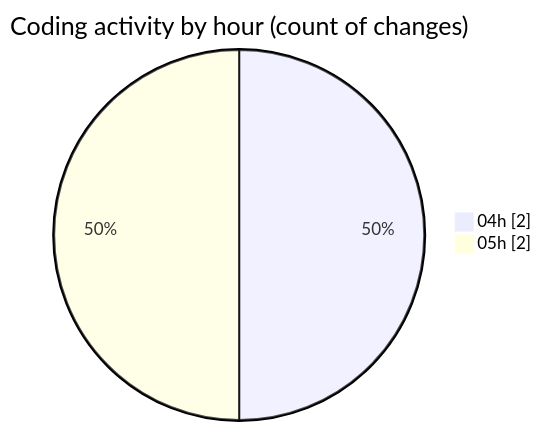
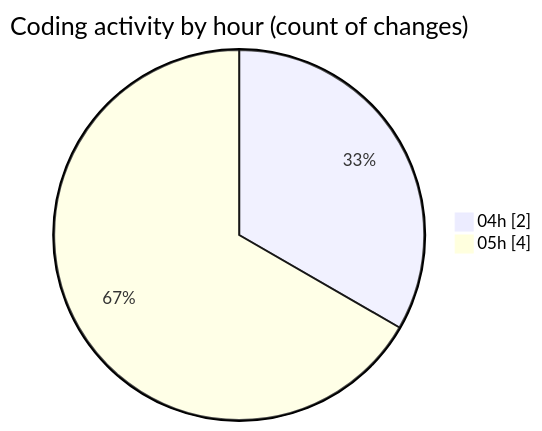
One commit to charlie-sans/code-tracking changed the second of 2 diagrams in 2025-02-22/masm/README.md. Above: the diagram before and after it, drawn with Mermaid. The commit also changed other lines of this file and 1 other file, not shown here.

````diff
--- a/2025-02-22/masm/README.md
+++ b/2025-02-22/masm/README.md
@@ -32,6 +33,6 @@
 ```mermaid
 pie showData
 title Coding activity by hour (count of changes)
 "04h" : 2
-"05h" : 2
+"05h" : 4
 ```
````
